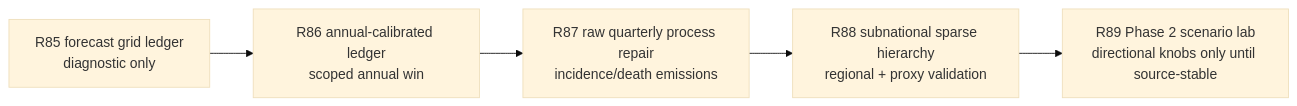
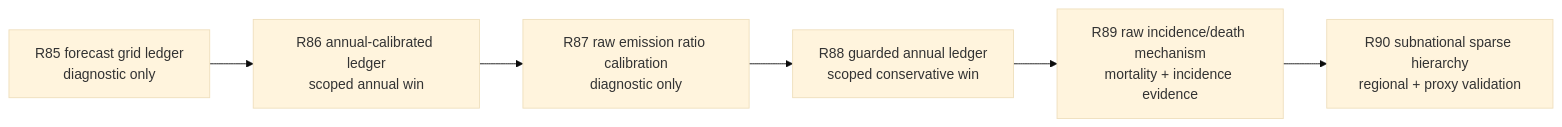
The fifth of 5 diagrams in README.md (gauravshajepal-hash/ModelHIV-PH), drawn with Mermaid (base theme) before and after one commit. The commit also changed other lines of this file and 5 other files, not shown here.

Commit message:
Add R87 R88 annual ledger loop

````diff
--- a/README.md
+++ b/README.md
@@ -269,7 +277,8 @@
 ```mermaid
 flowchart LR
     R85["R85 forecast grid ledger<br/>diagnostic only"] --> R86["R86 annual-calibrated ledger<br/>scoped annual win"]
-    R86 --> R87["R87 raw quarterly process repair<br/>incidence/death emissions"]
-    R87 --> R88["R88 subnational sparse hierarchy<br/>regional + proxy validation"]
-    R88 --> R89["R89 Phase 2 scenario lab<br/>directional knobs only until source-stable"]
+    R86 --> R87["R87 raw emission ratio calibration<br/>diagnostic only"]
+    R87 --> R88["R88 guarded annual ledger<br/>scoped conservative win"]
+    R88 --> R89["R89 raw incidence/death mechanism<br/>mortality + incidence evidence"]
+    R89 --> R90["R90 subnational sparse hierarchy<br/>regional + proxy validation"]
 ```
````
